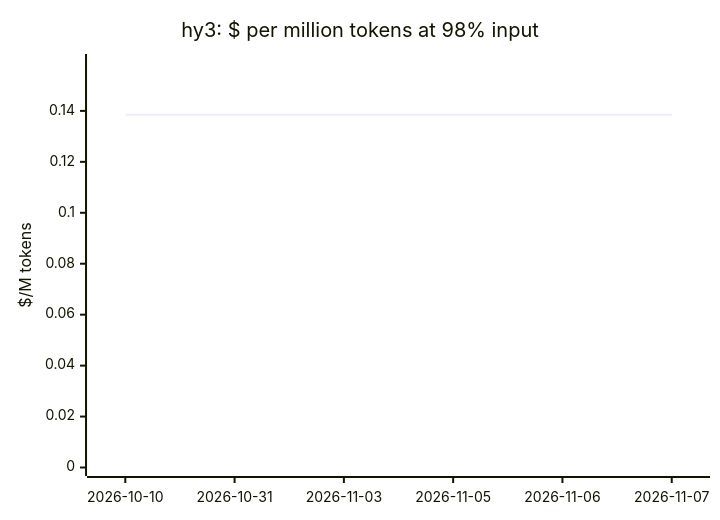
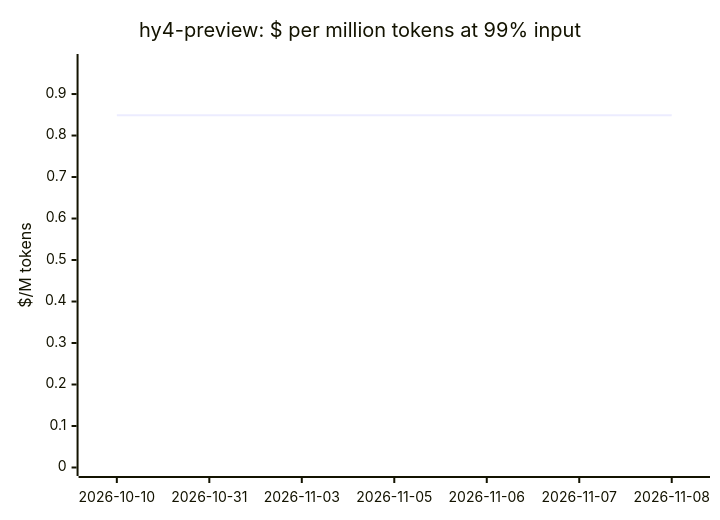
Diagram 17 of 20 in docs/openrouter-models.md (cklukas/OMEGA_TRANSFORM), drawn with Mermaid before and after one commit. The commit also changed other lines of this file and 47 other files, not shown here.

````diff
--- a/docs/openrouter-models.md
+++ b/docs/openrouter-models.md
@@ -283,7 +286,7 @@
 ```mermaid
 xychart-beta
-    title "hy3: $ per million tokens at 98% input"
-    x-axis ["2026-10-10", "2026-10-31", "2026-11-03", "2026-11-05", "2026-11-06", "2026-11-07"]
-    y-axis "$/M tokens" 0 --> 0.159
-    line [0.1385, 0.1385, 0.1385, 0.1385, 0.1385, 0.1385]
+    title "hy4-preview: $ per million tokens at 99% input"
+    x-axis ["2026-10-10", "2026-10-31", "2026-11-03", "2026-11-05", "2026-11-06", "2026-11-07", "2026-11-08"]
+    y-axis "$/M tokens" 0 --> 0.976
+    line [0.8489, 0.8489, 0.8489, 0.8489, 0.8489, 0.8489, 0.8489]
 ```
````
